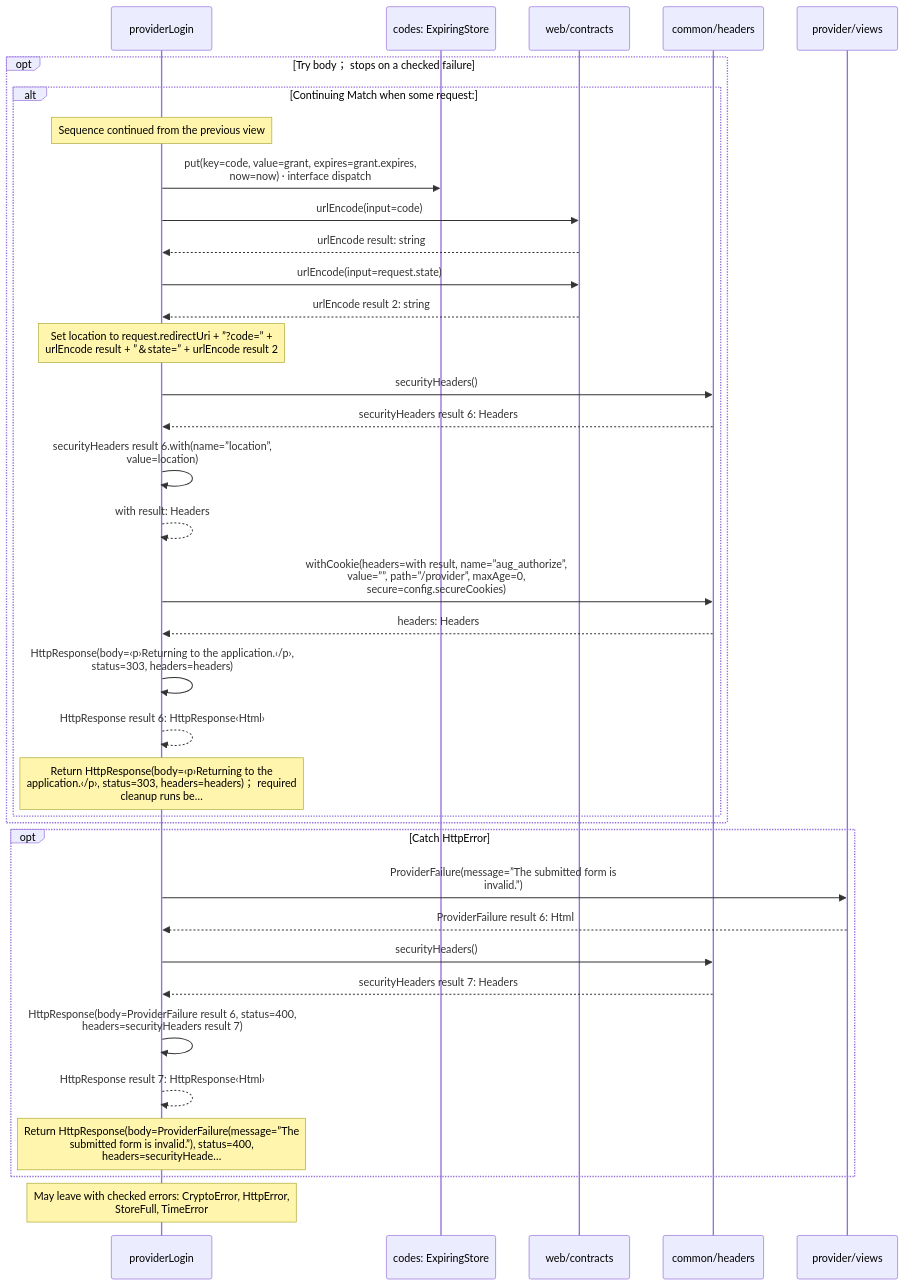
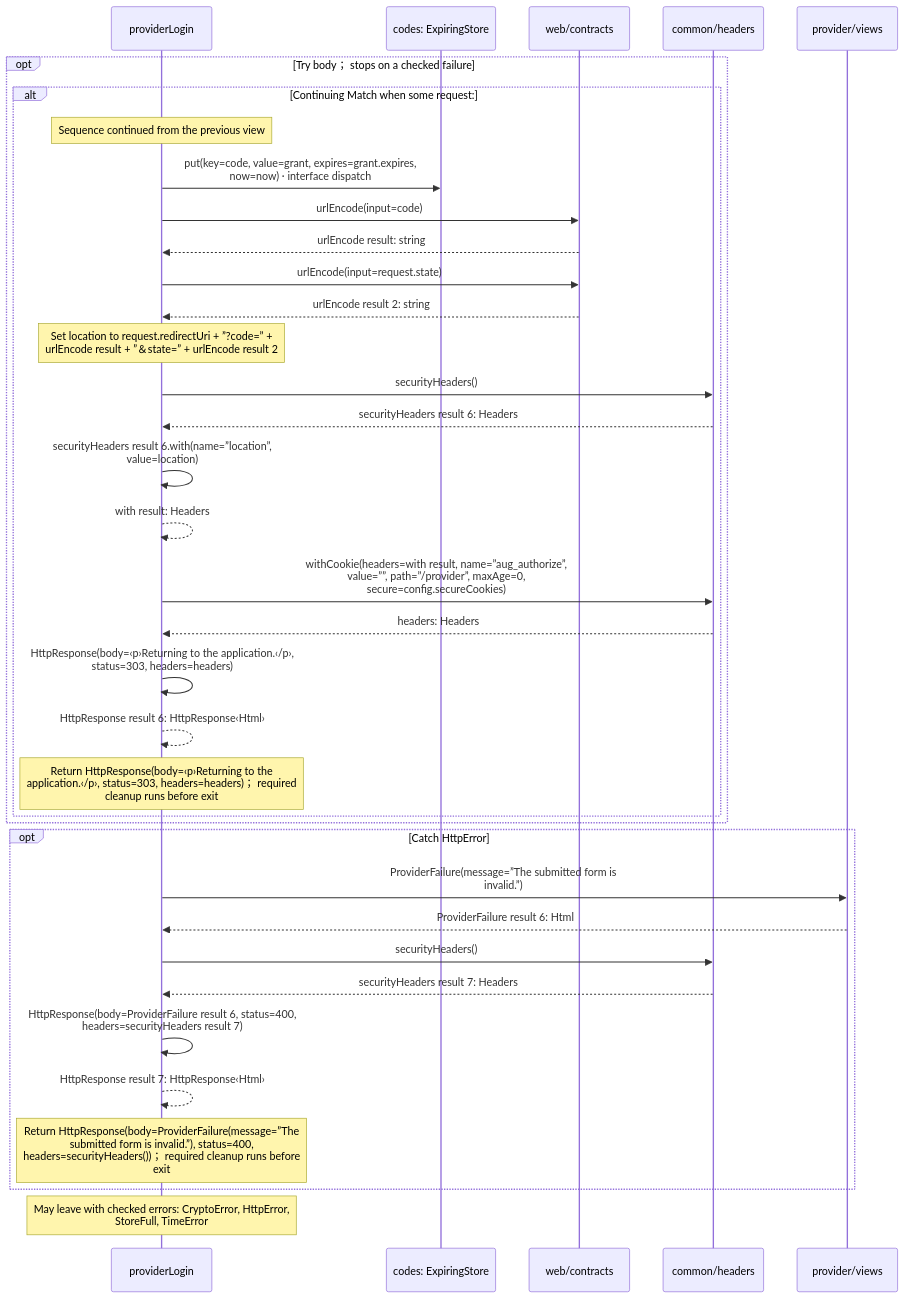
One commit to GreenPandaStudios/augscript changed diagram 11 of 12 in docs/examples/oidc-login/provider/authorization-diagrams.md. Above: the diagram before and after it, drawn with Mermaid. The commit also changed other lines of this file and 658 other files, not shown here.

````diff
--- a/docs/examples/oidc-login/provider/authorization-diagrams.md
+++ b/docs/examples/oidc-login/provider/authorization-diagrams.md
@@ -344,38 +368,38 @@
 ```mermaid
 sequenceDiagram
     participant p0 as providerLogin
     participant p1 as codes: ExpiringStore
     participant p2 as web/contracts
     participant p3 as common/headers
     participant p4 as provider/views
     opt Try body； stops on a checked failure
     alt Continuing Match when some request:
     Note over p0: Sequence continued from the previous view
     p0->>p1: put(key=code, value=grant, expires=grant.expires,<br/>now=now) · interface dispatch
     p0->>p2: urlEncode(input=code)
     p2-->>p0: urlEncode result: string
     p0->>p2: urlEncode(input=request.state)
     p2-->>p0: urlEncode result 2: string
     Note over p0: Set location to request.redirectUri + ”?code=” +<br/>urlEncode result + ”＆state=” + urlEncode result 2
     p0->>p3: securityHeaders()
     p3-->>p0: securityHeaders result 6: Headers
     p0->>p0: securityHeaders result 6.with(name=”location”,<br/>value=location)
     p0-->>p0: with result: Headers
     p0->>p3: withCookie(headers=with result, name=”aug_authorize”,<br/>value=””, path=”/provider”, maxAge=0,<br/>secure=config.secureCookies)
     p3-->>p0: headers: Headers
     p0->>p0: HttpResponse(body=‹p›Returning to the application.‹/p›,<br/>status=303, headers=headers)
     p0-->>p0: HttpResponse result 6: HttpResponse‹Html›
-    Note over p0: Return HttpResponse(body=‹p›Returning to the<br/>application.‹/p›, status=303, headers=headers)； required<br/>cleanup runs be…
+    Note over p0: Return HttpResponse(body=‹p›Returning to the<br/>application.‹/p›, status=303, headers=headers)； required<br/>cleanup runs before exit
     end
     end
     opt Catch HttpError
     p0->>p4: ProviderFailure(message=”The submitted form is<br/>invalid.”)
     p4-->>p0: ProviderFailure result 6: Html
     p0->>p3: securityHeaders()
     p3-->>p0: securityHeaders result 7: Headers
     p0->>p0: HttpResponse(body=ProviderFailure result 6, status=400,<br/>headers=securityHeaders result 7)
     p0-->>p0: HttpResponse result 7: HttpResponse‹Html›
-    Note over p0: Return HttpResponse(body=ProviderFailure(message=”The<br/>submitted form is invalid.”), status=400,<br/>headers=securityHeade…
+    Note over p0: Return HttpResponse(body=ProviderFailure(message=”The<br/>submitted form is invalid.”), status=400,<br/>headers=securityHeaders())； required cleanup runs before<br/>exit
     end
     Note over p0: May leave with checked errors: CryptoError, HttpError,<br/>StoreFull, TimeError
 ```
````
